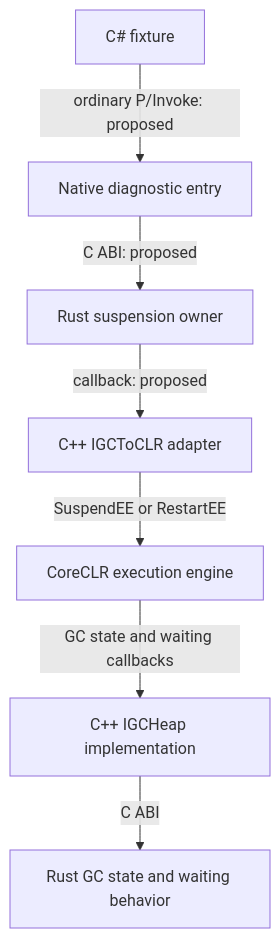
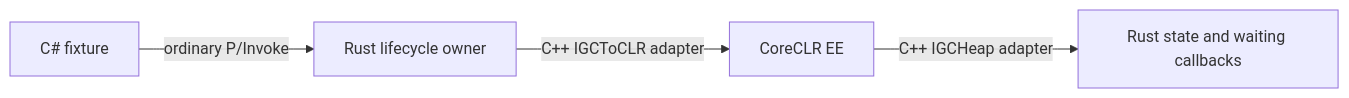
The diagram in docs/08-suspension-lifecycle/01-observe-first.md (andrew-kulikov/dotnet-gc-rust), drawn with Mermaid before and after one commit. The commit also changed other lines of this file and 17 other files, not shown here.

````diff
--- a/docs/08-suspension-lifecycle/01-observe-first.md
+++ b/docs/08-suspension-lifecycle/01-observe-first.md
@@ -168,9 +73,6 @@
 ```mermaid
-flowchart TD
-    M[C# fixture] -->|ordinary P/Invoke: proposed| N[Native diagnostic entry]
-    N -->|C ABI: proposed| R[Rust suspension owner]
-    R -->|callback: proposed| S[C++ IGCToCLR adapter]
-    S -->|SuspendEE or RestartEE| E[CoreCLR execution engine]
-    E -->|GC state and waiting callbacks| H[C++ IGCHeap implementation]
-    H -->|C ABI| G[Rust GC state and waiting behavior]
+flowchart LR
+    M[C# fixture] -->|ordinary P/Invoke| R[Rust lifecycle owner]
+    R -->|C++ IGCToCLR adapter| E[CoreCLR EE]
+    E -->|C++ IGCHeap adapter| G[Rust state and waiting callbacks]
 ```
````
